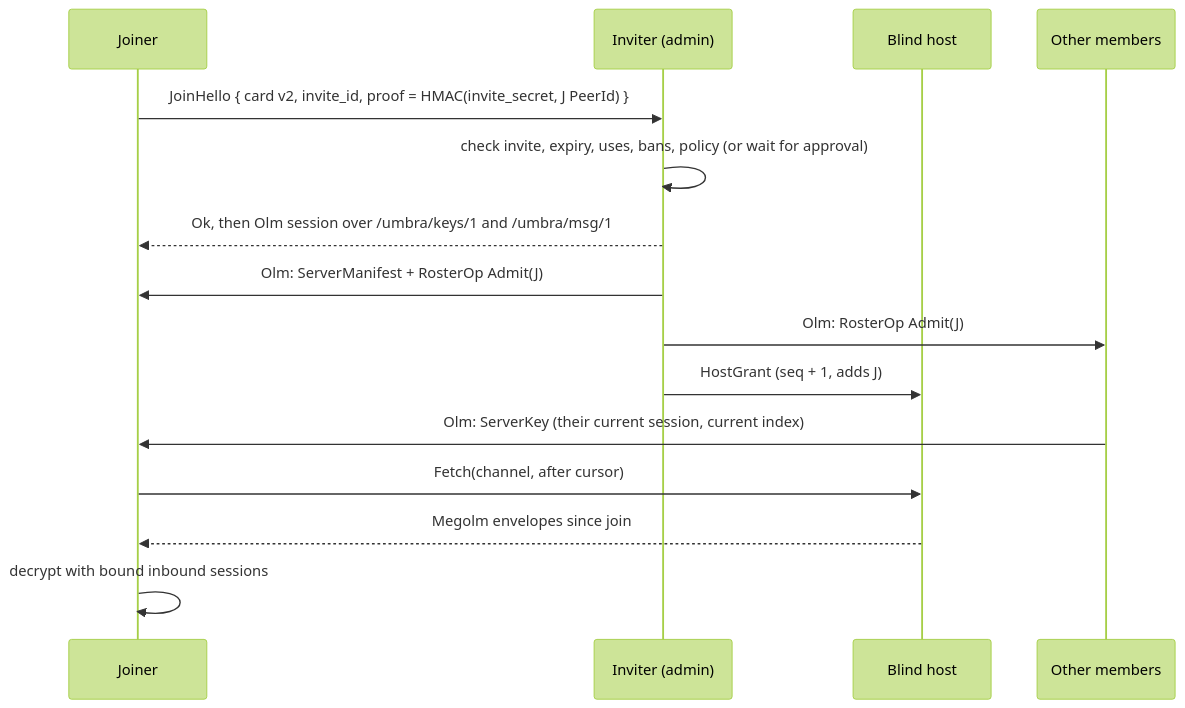
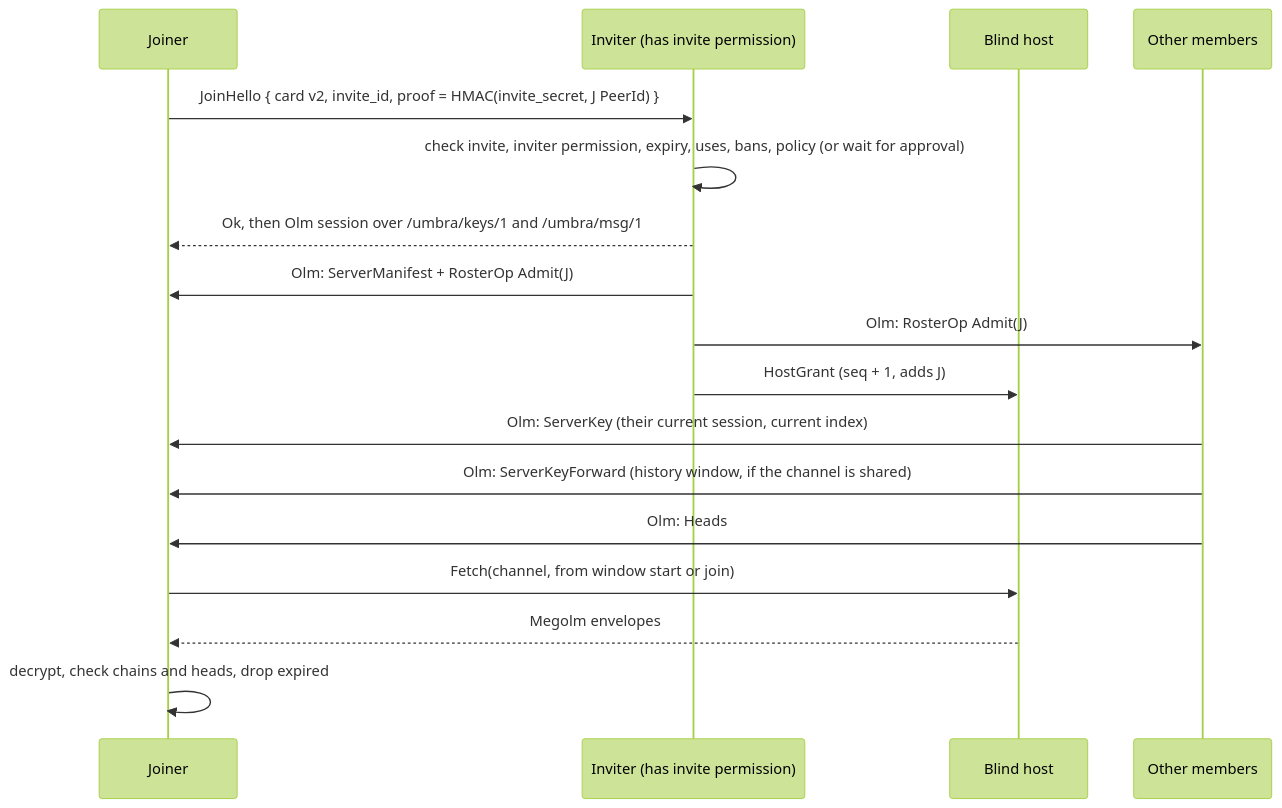
One commit to FemboyNyx/umbra changed the second of 2 diagrams in docs/servers.md. Above: the diagram before and after it, drawn with Mermaid (forest theme). The commit also changed other lines of this file and 1 other file, not shown here.

````diff
--- a/docs/servers.md
+++ b/docs/servers.md
@@ -291,17 +630,19 @@
 ```mermaid
 sequenceDiagram
   participant J as Joiner
-  participant I as Inviter (admin)
+  participant I as Inviter (has invite permission)
   participant H as Blind host
   participant M as Other members
   J->>I: JoinHello { card v2, invite_id, proof = HMAC(invite_secret, J PeerId) }
-  I->>I: check invite, expiry, uses, bans, policy (or wait for approval)
+  I->>I: check invite, inviter permission, expiry, uses, bans, policy (or wait for approval)
   I-->>J: Ok, then Olm session over /umbra/keys/1 and /umbra/msg/1
   I->>J: Olm: ServerManifest + RosterOp Admit(J)
   I->>M: Olm: RosterOp Admit(J)
   I->>H: HostGrant (seq + 1, adds J)
   M->>J: Olm: ServerKey (their current session, current index)
-  J->>H: Fetch(channel, after cursor)
-  H-->>J: Megolm envelopes since join
-  J->>J: decrypt with bound inbound sessions
+  M->>J: Olm: ServerKeyForward (history window, if the channel is shared)
+  M->>J: Olm: Heads
+  J->>H: Fetch(channel, from window start or join)
+  H-->>J: Megolm envelopes
+  J->>J: decrypt, check chains and heads, drop expired
 ```
````
